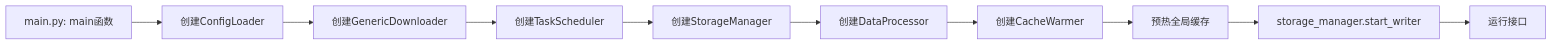
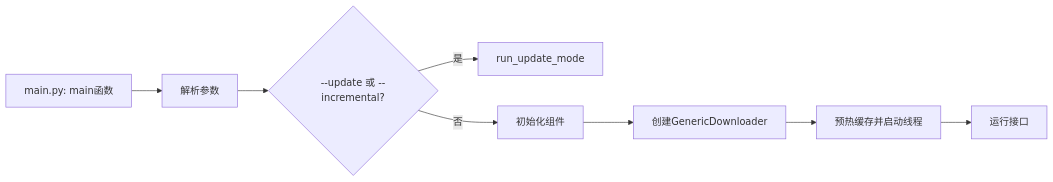
One commit to k2o333/quantaalpha changed the second of 15 diagrams in p/main_to_interface_flow.md. Above: the diagram before and after it, drawn with Mermaid. The commit also changed other lines of this file and 17 other files, not shown here.

````diff
--- a/p/main_to_interface_flow.md
+++ b/p/main_to_interface_flow.md
@@ -265,12 +76,10 @@
 ```mermaid
 graph LR
-    A[main.py: main函数] --> B[创建ConfigLoader]
-    B --> C[创建GenericDownloader]
-    C --> D[创建TaskScheduler]
-    D --> E[创建StorageManager]
-    E --> F[创建DataProcessor]
-    F --> G[创建CacheWarmer]
-    G --> H[预热全局缓存]
-    H --> I[storage_manager.start_writer]
-    I --> J[运行接口]
+    A[main.py: main函数] --> B[解析参数]
+    B --> C{--update 或 --incremental?}
+    C -->|是| D[run_update_mode]
+    C -->|否| E[初始化组件]
+    E --> F[创建GenericDownloader]
+    F --> G[预热缓存并启动线程]
+    G --> H[运行接口]
 ```
````
